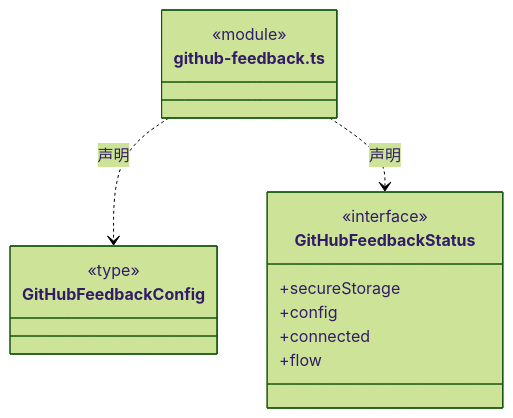
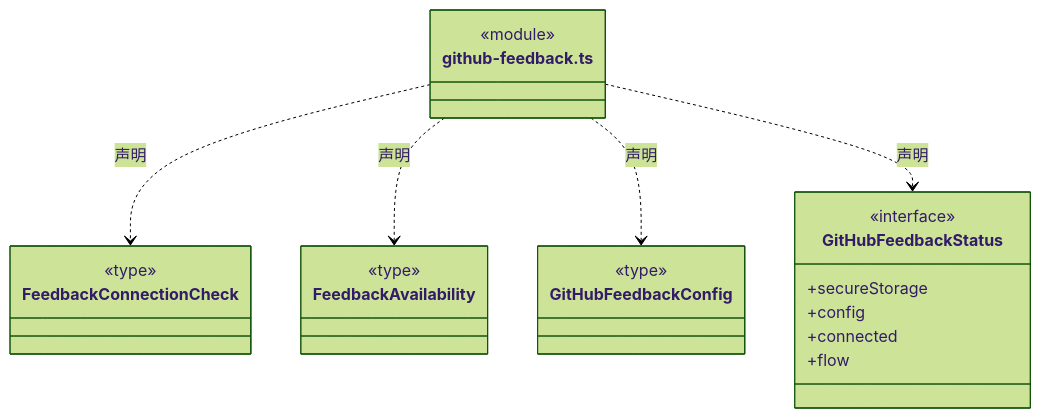
Before and after one commit to nan023062/cbim: the fifth of 14 diagrams in src/backend/core/connectors/ARCHITECTURE.md, drawn with Mermaid (forest theme). The commit also changed other lines of this file and 41 other files, not shown here.

````diff
--- a/src/backend/core/connectors/ARCHITECTURE.md
+++ b/src/backend/core/connectors/ARCHITECTURE.md
@@ -93,19 +93,29 @@
 ```mermaid
 classDiagram
 class N_src_backend_core_connectors_github_feedback_ts["github-feedback.ts"] {
   <<module>>
 }
+class N_src_backend_core_connectors_github_feedback_ts_FeedbackConnectionCheck["FeedbackConnectionCheck"] {
+  <<type>>
+
+}
+N_src_backend_core_connectors_github_feedback_ts ..> N_src_backend_core_connectors_github_feedback_ts_FeedbackConnectionCheck : 声明
+class N_src_backend_core_connectors_github_feedback_ts_FeedbackAvailability["FeedbackAvailability"] {
+  <<type>>
+
+}
+N_src_backend_core_connectors_github_feedback_ts ..> N_src_backend_core_connectors_github_feedback_ts_FeedbackAvailability : 声明
 class N_src_backend_core_connectors_github_feedback_ts_GitHubFeedbackConfig["GitHubFeedbackConfig"] {
   <<type>>
 
 }
 N_src_backend_core_connectors_github_feedback_ts ..> N_src_backend_core_connectors_github_feedback_ts_GitHubFeedbackConfig : 声明
 class N_src_backend_core_connectors_github_feedback_ts_GitHubFeedbackStatus["GitHubFeedbackStatus"] {
   <<interface>>
   +secureStorage
   +config
   +connected
   +flow
 }
 N_src_backend_core_connectors_github_feedback_ts ..> N_src_backend_core_connectors_github_feedback_ts_GitHubFeedbackStatus : 声明
 ```
````
